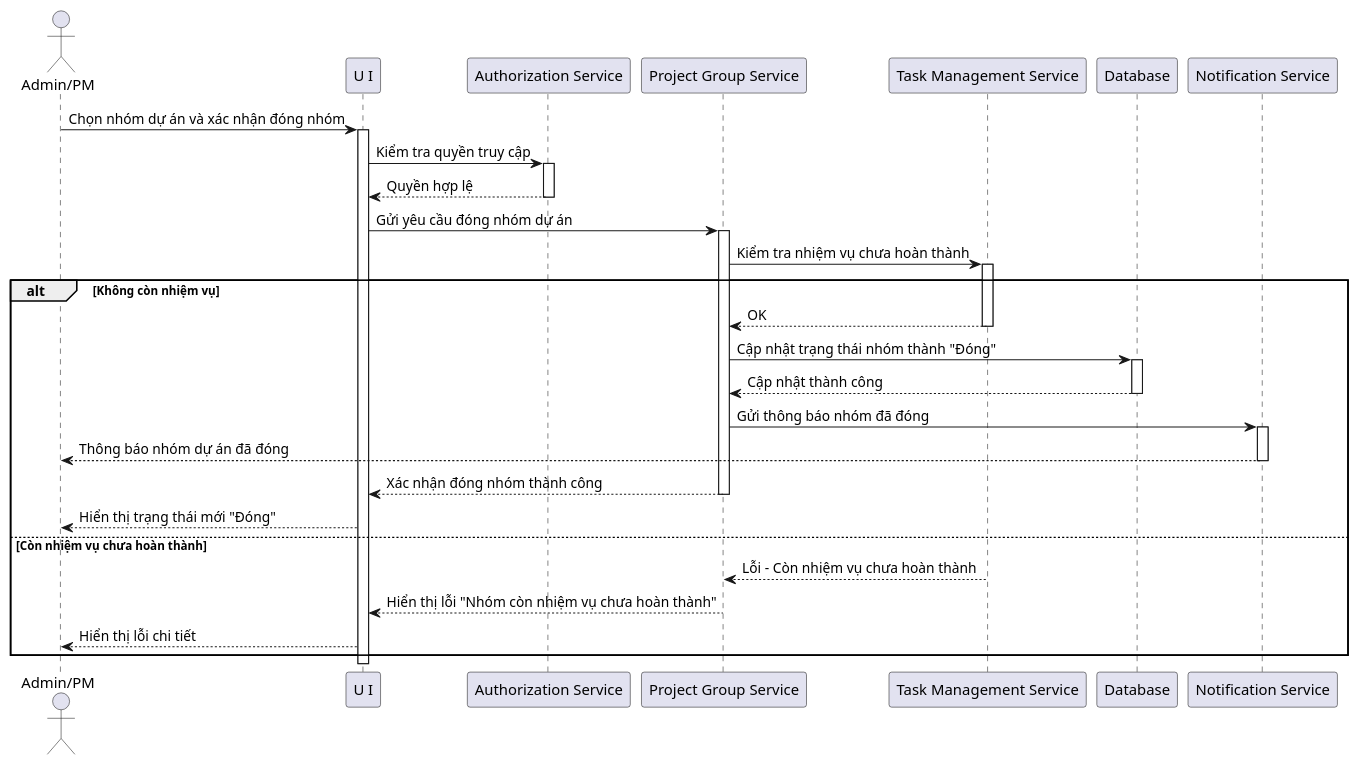
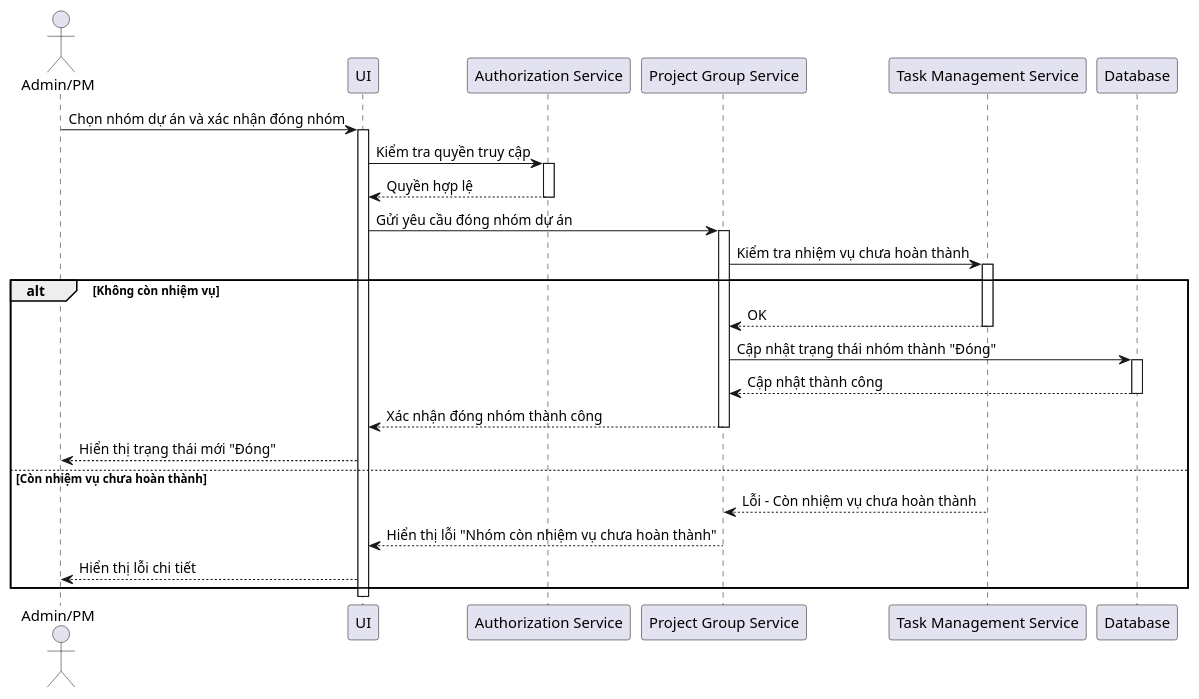
One commit to MaiDucDuy05/UML changed the diagram in module2/DongDA.puml. Above: the diagram before and after it, drawn with PlantUML. The commit also changed 12 other files, not shown here.

```diff
--- a/module2/DongDA.puml
+++ b/module2/DongDA.puml
@@ -1,51 +1,47 @@
 @startuml
 actor "Admin/PM" as User
 
-participant "U I" as UI
+participant "UI" as UI
 participant "Authorization Service"
 participant "Project Group Service" as System
 participant "Task Management Service"
 participant "Database" as DB
-participant "Notification Service"
+
 
 User -> UI: Chọn nhóm dự án và xác nhận đóng nhóm
 activate UI
 
 UI -> "Authorization Service": Kiểm tra quyền truy cập
 activate "Authorization Service"
 "Authorization Service" --> UI: Quyền hợp lệ
 deactivate "Authorization Service"
 
 UI -> System: Gửi yêu cầu đóng nhóm dự án
 activate System
 
 System -> "Task Management Service": Kiểm tra nhiệm vụ chưa hoàn thành
 activate "Task Management Service"
 
 alt Không còn nhiệm vụ
     "Task Management Service" --> System: OK
     deactivate "Task Management Service"
 
     System -> DB: Cập nhật trạng thái nhóm thành "Đóng"
     activate DB
     DB --> System: Cập nhật thành công
     deactivate DB
 
-    System -> "Notification Service": Gửi thông báo nhóm đã đóng
-    activate "Notification Service"
-    "Notification Service" --> User: Thông báo nhóm dự án đã đóng
-    deactivate "Notification Service"
 
     System --> UI: Xác nhận đóng nhóm thành công
     deactivate System
     UI --> User: Hiển thị trạng thái mới "Đóng"
 
 else Còn nhiệm vụ chưa hoàn thành
     "Task Management Service" --> System: Lỗi - Còn nhiệm vụ chưa hoàn thành
     deactivate "Task Management Service"
     System --> UI: Hiển thị lỗi "Nhóm còn nhiệm vụ chưa hoàn thành"
     UI --> User: Hiển thị lỗi chi tiết
     deactivate System
 end
 
 @enduml
```
